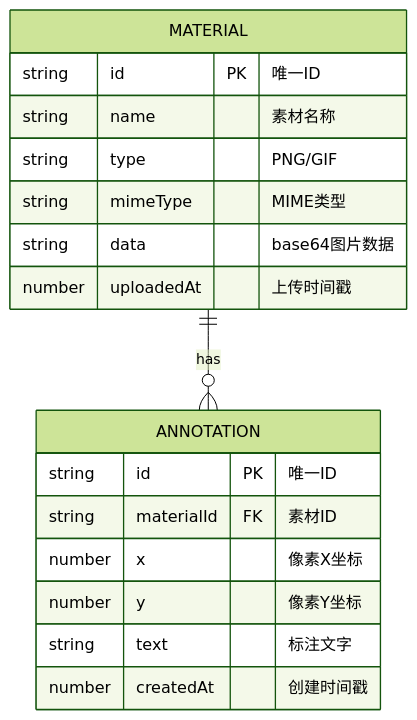
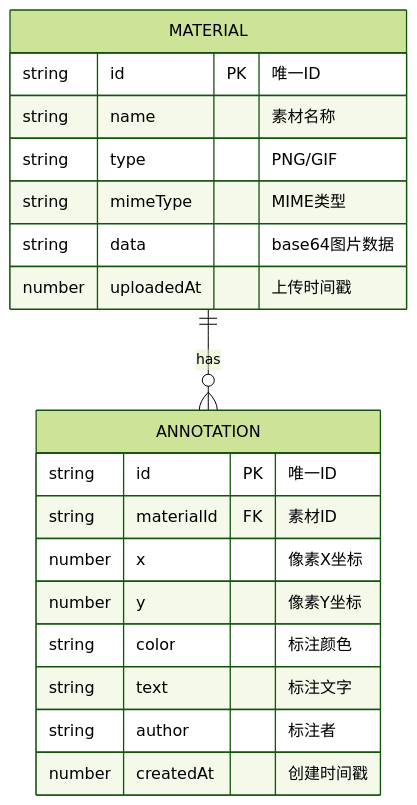
The third of 3 diagrams in cp2_6.21_auto79/.trae/documents/TechnicalArchitecture.md (SChen0447/solo_ad), drawn with Mermaid (forest theme) before and after one commit. The commit also changed other lines of this file and 13 other files, not shown here.

````diff
--- a/cp2_6.21_auto79/.trae/documents/TechnicalArchitecture.md
+++ b/cp2_6.21_auto79/.trae/documents/TechnicalArchitecture.md
@@ -116,22 +118,24 @@
 ```mermaid
 erDiagram
     MATERIAL ||--o{ ANNOTATION : "has"
     
     MATERIAL {
         string id PK "唯一ID"
         string name "素材名称"
         string type "PNG/GIF"
         string mimeType "MIME类型"
         string data "base64图片数据"
         number uploadedAt "上传时间戳"
     }
     
     ANNOTATION {
         string id PK "唯一ID"
         string materialId FK "素材ID"
         number x "像素X坐标"
         number y "像素Y坐标"
+        string color "标注颜色"
         string text "标注文字"
+        string author "标注者"
         number createdAt "创建时间戳"
     }
 ```
````
